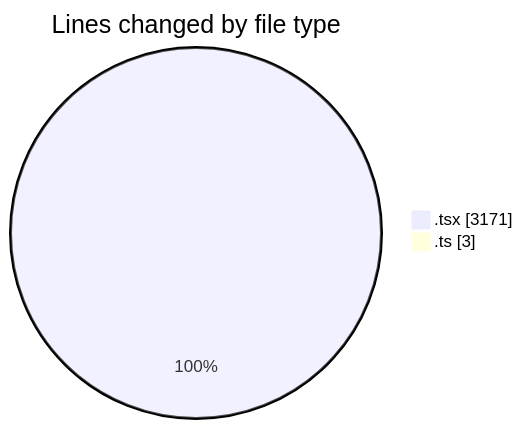
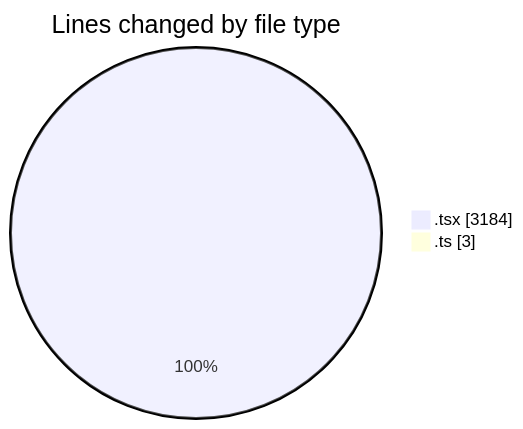
One commit to momahboobian/code-tracking changed the first of 2 diagrams in 2025-11-17/cda/README.md. Above: the diagram before and after it, drawn with Mermaid. The commit also changed other lines of this file and 1 other file, not shown here.

````diff
--- a/2025-11-17/cda/README.md
+++ b/2025-11-17/cda/README.md
@@ -24,6 +24,6 @@
 ```mermaid
 pie showData
 title Lines changed by file type
-".tsx" : 3171
+".tsx" : 3184
 ".ts" : 3
 ```
````
